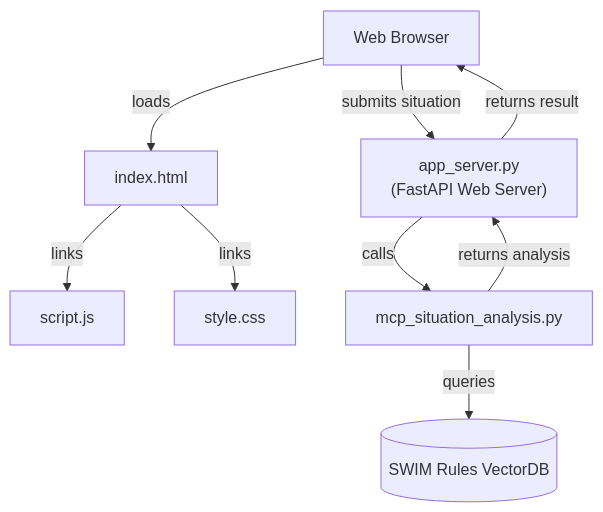
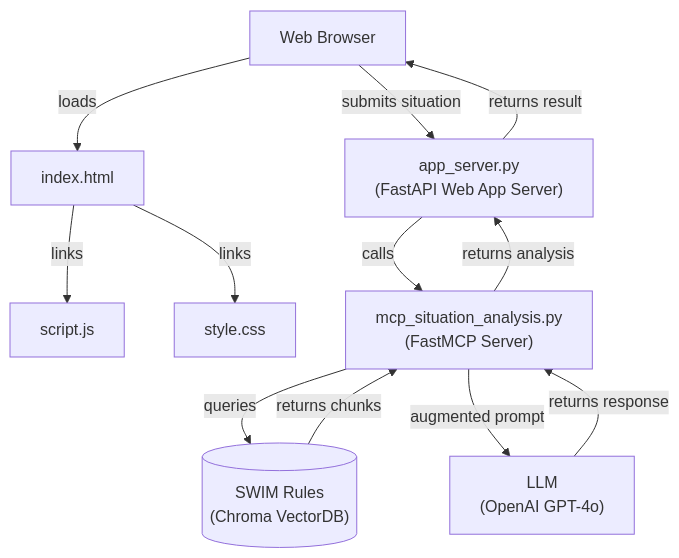
One commit to jimthompson5802/mcp_testlab changed the diagram in mcp-swimrules/README.md. Above: the diagram before and after it, drawn with Mermaid.

Commit message:
docs: enhance flowchart in README to clarify server and database roles

````diff
--- a/mcp-swimrules/README.md
+++ b/mcp-swimrules/README.md
@@ -36,19 +36,23 @@
 ```mermaid
 flowchart TD
     Browser["Web Browser"]
     IndexHTML["index.html"]
     ScriptJS["script.js"]
     StyleCSS["style.css"]
-    AppServer["app_server.py<br/>(FastAPI Web Server)"]
-    MCPAnalysis["mcp_situation_analysis.py"]
-    SwimRulesDB@{shape: cyl, label: "SWIM Rules VectorDB"}
+    AppServer["app_server.py<br/>(FastAPI Web App Server)"]
+    MCPAnalysis["mcp_situation_analysis.py<br/>(FastMCP Server)"]
+    SwimRulesDB@{shape: cyl, label: "SWIM Rules<br/>(Chroma VectorDB)"}
+    LLM["LLM<br/>(OpenAI GPT-4o)"]
 
     Browser -- loads --> IndexHTML
     IndexHTML -- links --> ScriptJS
     IndexHTML -- links --> StyleCSS
     Browser -- submits situation --> AppServer
     AppServer -- calls --> MCPAnalysis
     MCPAnalysis -- queries --> SwimRulesDB
+    SwimRulesDB -- returns chunks --> MCPAnalysis
     MCPAnalysis -- returns analysis --> AppServer
     AppServer -- returns result --> Browser
+    LLM -- returns response --> MCPAnalysis
+    MCPAnalysis -- augmented prompt --> LLM
 ```
````
